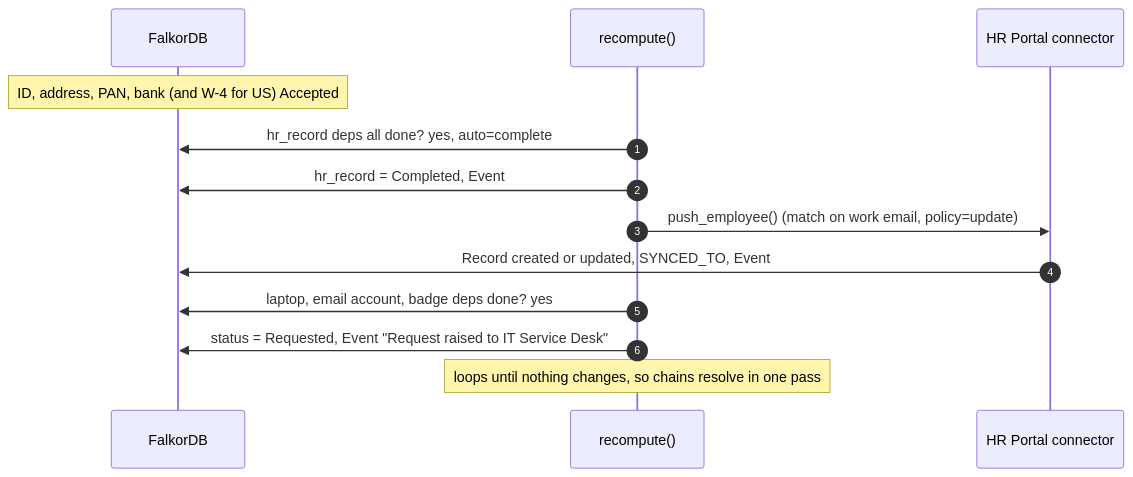
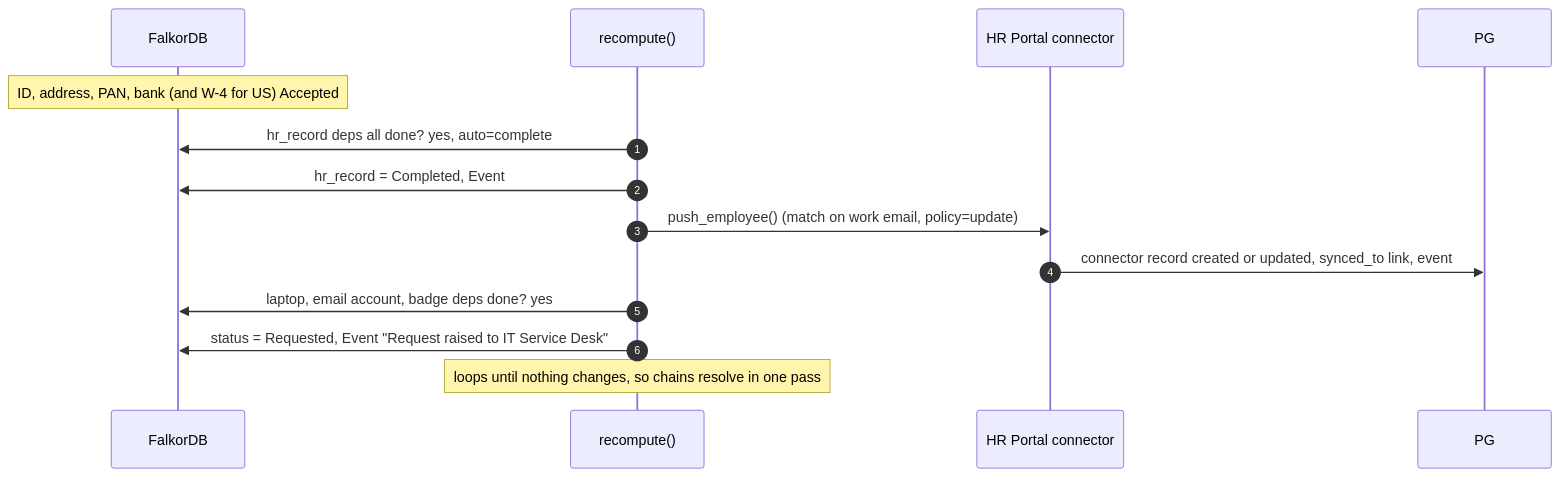
One commit to Prateek1771/azentio-hr changed the fifth of 10 diagrams in docs/lld.md. Above: the diagram before and after it, drawn with Mermaid. The commit also changed other lines of this file and 30 other files, not shown here.

````diff
--- a/docs/lld.md
+++ b/docs/lld.md
@@ -380,16 +381,16 @@
 ```mermaid
 sequenceDiagram
     autonumber
     participant G as FalkorDB
     participant R as recompute()
     participant H as HR Portal connector
 
     Note over G: ID, address, PAN, bank (and W-4 for US) Accepted
     R->>G: hr_record deps all done? yes, auto=complete
     R->>G: hr_record = Completed, Event
     R->>H: push_employee() (match on work email, policy=update)
-    H->>G: Record created or updated, SYNCED_TO, Event
+    H->>PG: connector record created or updated, synced_to link, event
     R->>G: laptop, email account, badge deps done? yes
     R->>G: status = Requested, Event "Request raised to IT Service Desk"
     Note over R: loops until nothing changes, so chains resolve in one pass
 ```
````
